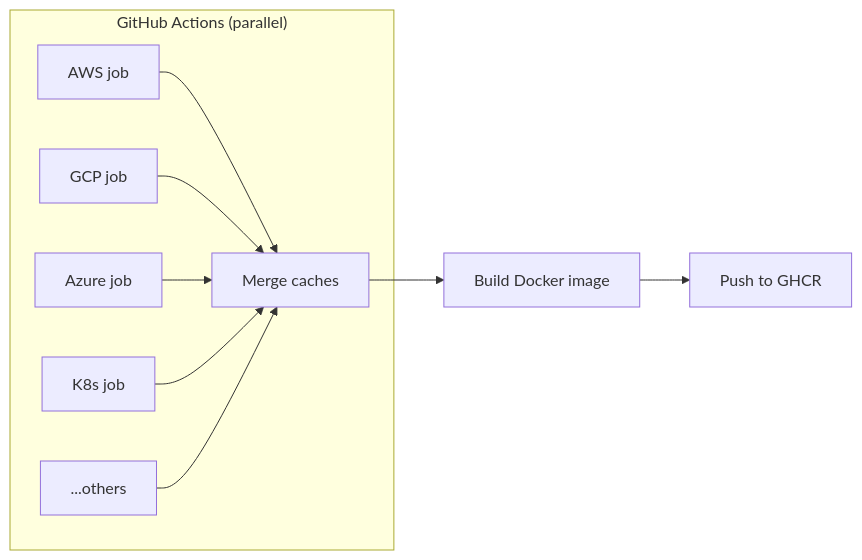
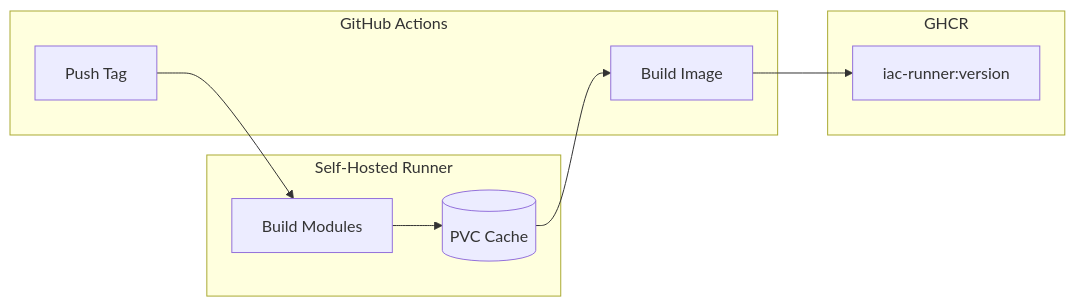
Before and after one commit to project-planton/project-planton: the diagram in base-images/iac-runner/README.md, drawn with Mermaid. The commit also changed other lines of this file and 5 other files, not shown here.

Commit message:
cleanedup iac-runner baseimage dockerfile related files

````diff
--- a/base-images/iac-runner/README.md
+++ b/base-images/iac-runner/README.md
@@ -20,13 +33,19 @@
 ```mermaid
 flowchart LR
-    subgraph "GitHub Actions (parallel)"
-        A[AWS job] --> M[Merge caches]
-        B[GCP job] --> M
-        C[Azure job] --> M
-        D[K8s job] --> M
-        E[...others] --> M
+    subgraph Runner ["Self-Hosted Runner"]
+        PVC[(PVC Cache)]
+        Build[Build Modules]
     end
     
-    M --> I[Build Docker image]
-    I --> P[Push to GHCR]
+    subgraph Workflow ["GitHub Actions"]
+        Tag[Push Tag] --> Build
+        Build --> PVC
+        PVC --> Docker[Build Image]
+    end
+    
+    subgraph Registry ["GHCR"]
+        Image[iac-runner:version]
+    end
+    
+    Docker --> Image
 ```
````
